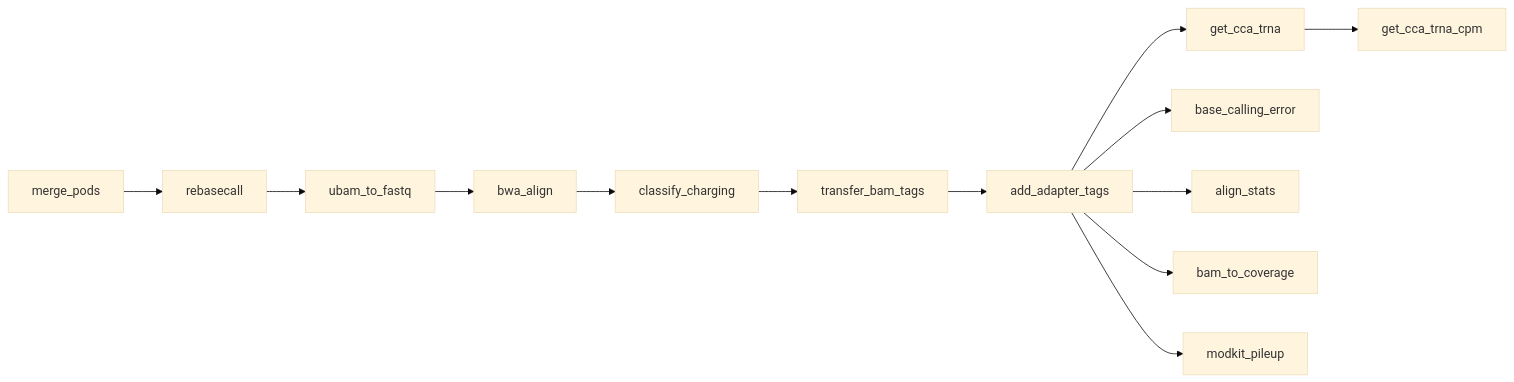
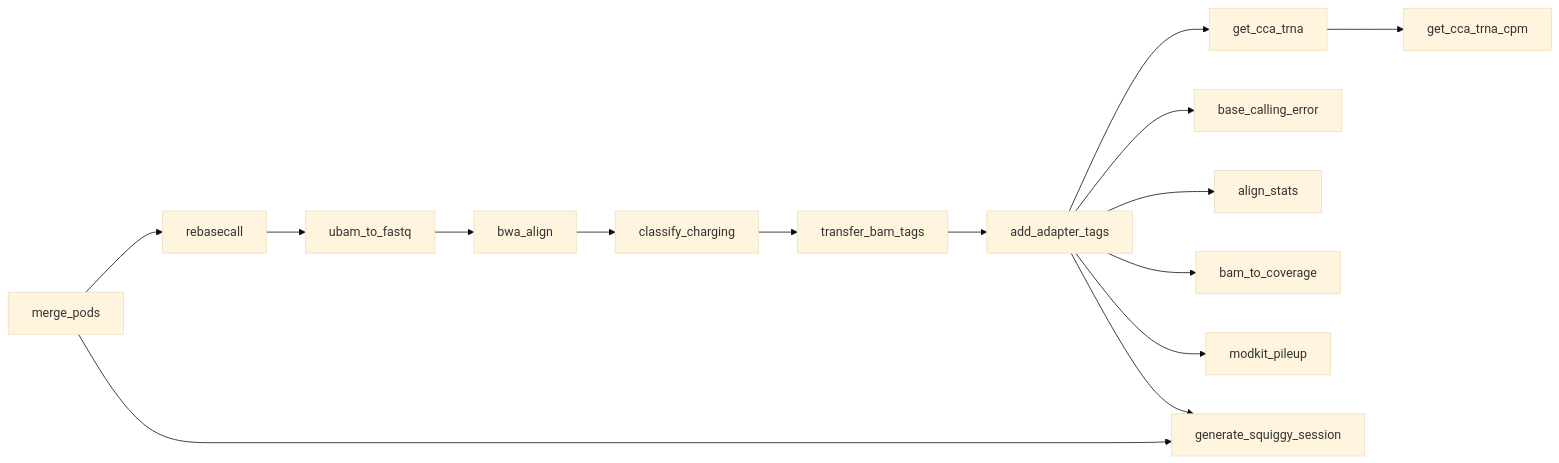
Before and after one commit to rnabioco/aa-tRNA-seq-pipeline: the diagram in docs/workflow/rules-reference.md, drawn with Mermaid (base theme). The commit also changed other lines of this file and 3 other files, not shown here.

First line of the commit message:
docs: document squiggy-session.json across all docs

````diff
--- a/docs/workflow/rules-reference.md
+++ b/docs/workflow/rules-reference.md
@@ -520,15 +551,17 @@
 ```mermaid
 flowchart LR
     merge_pods --> rebasecall
     rebasecall --> ubam_to_fastq
     ubam_to_fastq --> bwa_align
     bwa_align --> classify_charging
     classify_charging --> transfer_bam_tags
     transfer_bam_tags --> add_adapter_tags
     add_adapter_tags --> get_cca_trna
     add_adapter_tags --> base_calling_error
     add_adapter_tags --> align_stats
     add_adapter_tags --> bam_to_coverage
     add_adapter_tags --> modkit_pileup
     get_cca_trna --> get_cca_trna_cpm
+    add_adapter_tags --> generate_squiggy_session
+    merge_pods --> generate_squiggy_session
 ```
````
